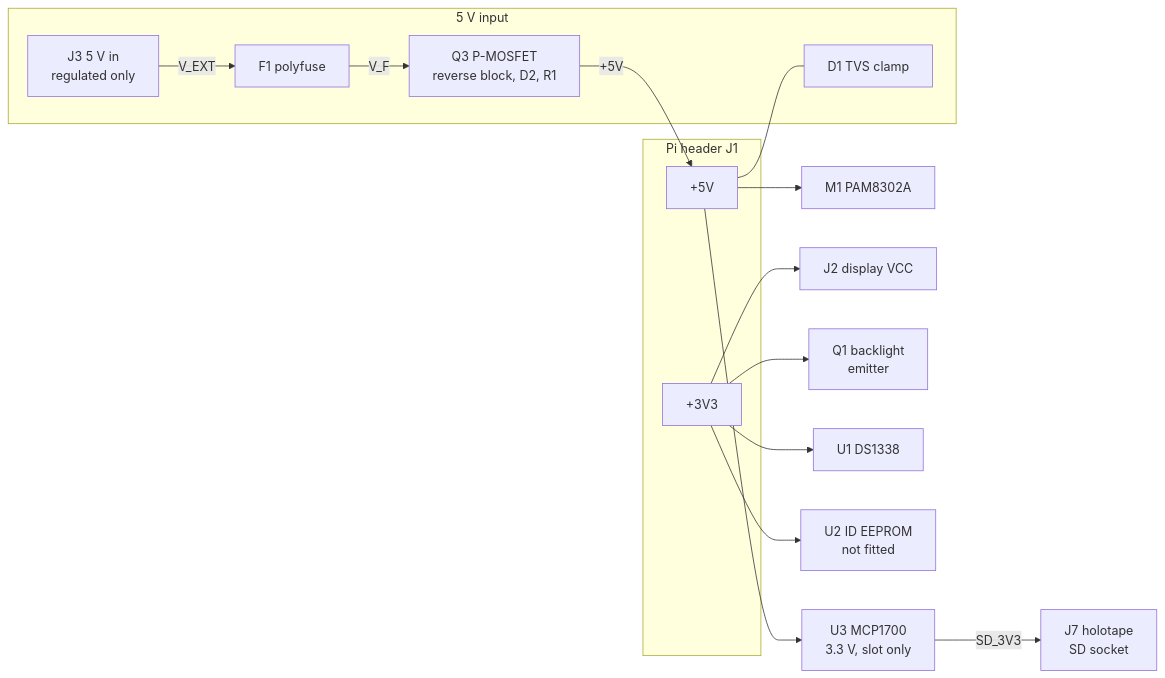
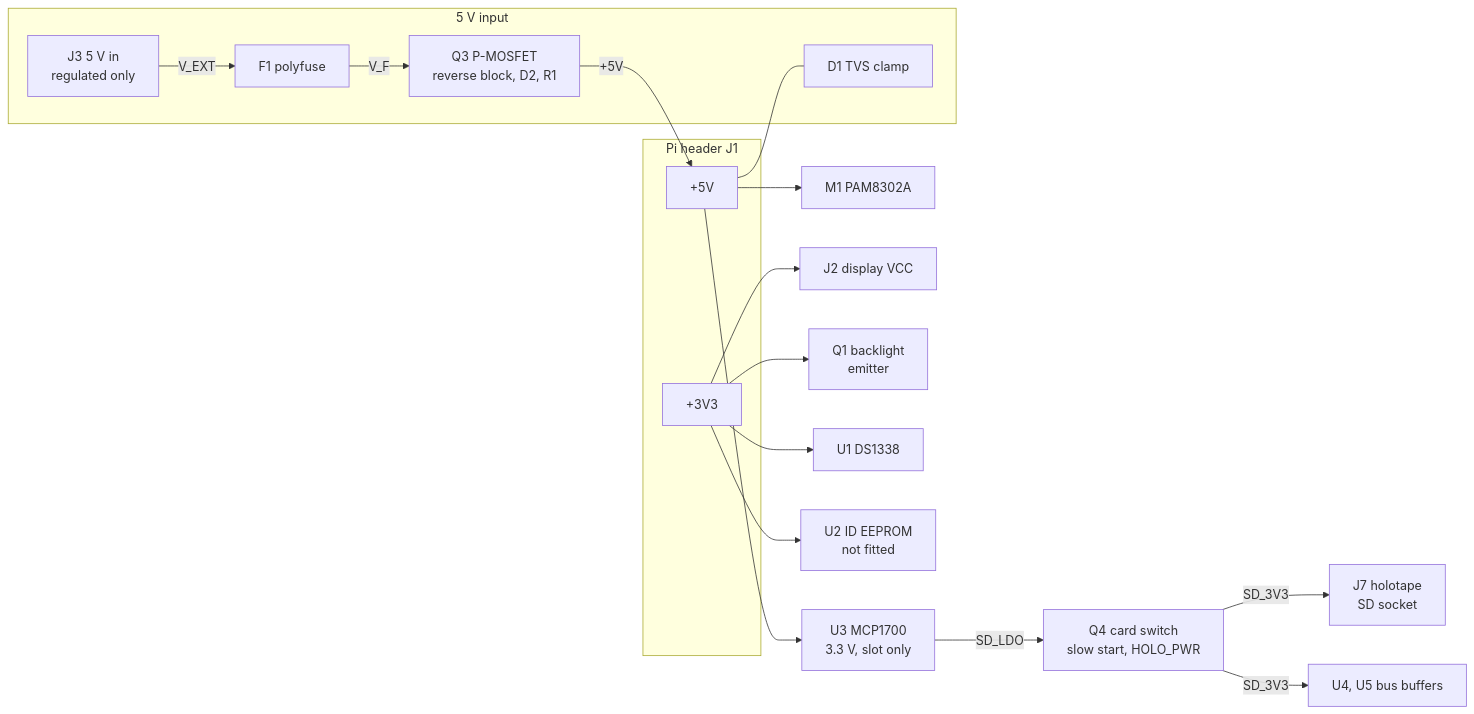
Before and after one commit to RobCo-Industries/RobCo-Hardware: the first of 2 diagrams in pipboy-hat/spec/SPEC.md, drawn with Mermaid. The commit also changed other lines of this file and 13 other files, not shown here.

````diff
--- a/pipboy-hat/spec/SPEC.md
+++ b/pipboy-hat/spec/SPEC.md
@@ -39,29 +39,32 @@
 ```mermaid
 flowchart LR
     subgraph POWER["5 V input"]
         J3["J3 5 V in<br/>regulated only"]
         F1["F1 polyfuse"]
         Q3["Q3 P-MOSFET<br/>reverse block, D2, R1"]
         D1["D1 TVS clamp"]
     end
     subgraph J1["Pi header J1"]
         P5V["+5V"]
         P3V3["+3V3"]
     end
     M1["M1 PAM8302A"]
     J2["J2 display VCC"]
     BLSW["Q1 backlight<br/>emitter"]
     U1["U1 DS1338"]
     U2["U2 ID EEPROM<br/>not fitted"]
     U3["U3 MCP1700<br/>3.3 V, slot only"]
+    Q4["Q4 card switch<br/>slow start, HOLO_PWR"]
     J7["J7 holotape<br/>SD socket"]
+    BUFP["U4, U5 bus buffers"]
     J3 -- "V_EXT" --> F1 -- "V_F" --> Q3
     Q3 -- "+5V" --> P5V
     P5V --- D1
     P5V --> M1
     P3V3 --> J2
     P3V3 --> BLSW
     P3V3 --> U1
     P3V3 --> U2
-    P5V --> U3 -- "SD_3V3" --> J7
+    P5V --> U3 -- "SD_LDO" --> Q4 -- "SD_3V3" --> J7
+    Q4 -- "SD_3V3" --> BUFP
 ```
````
